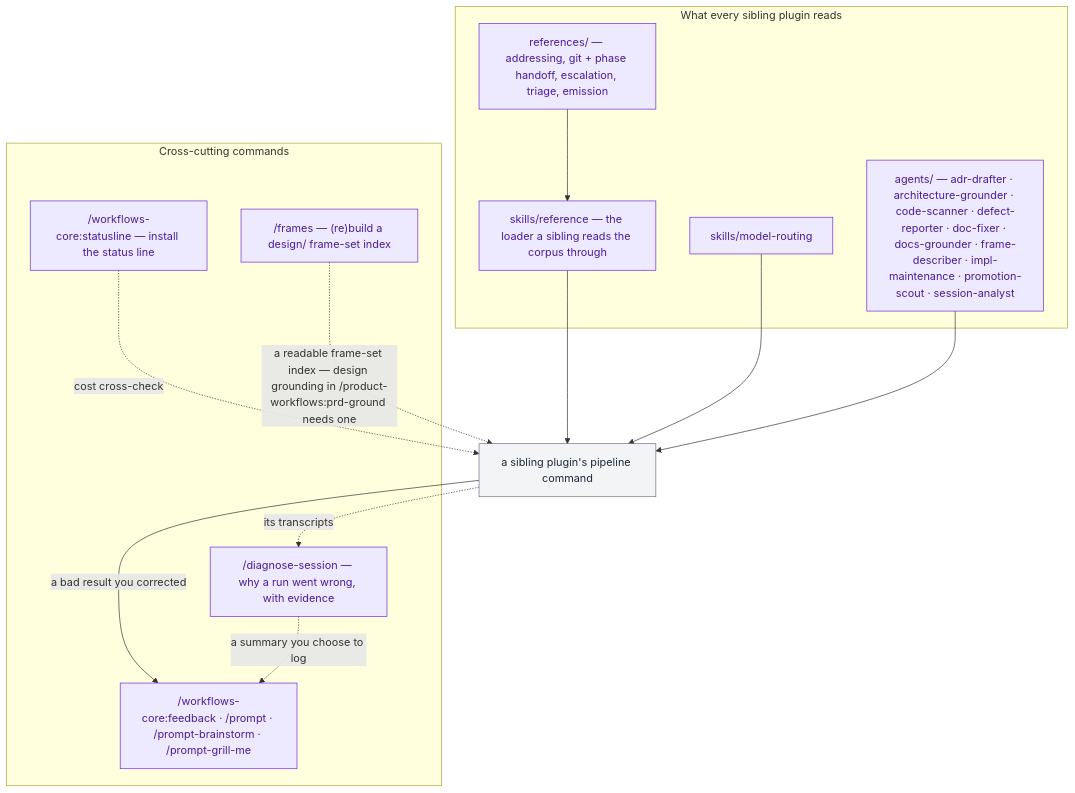
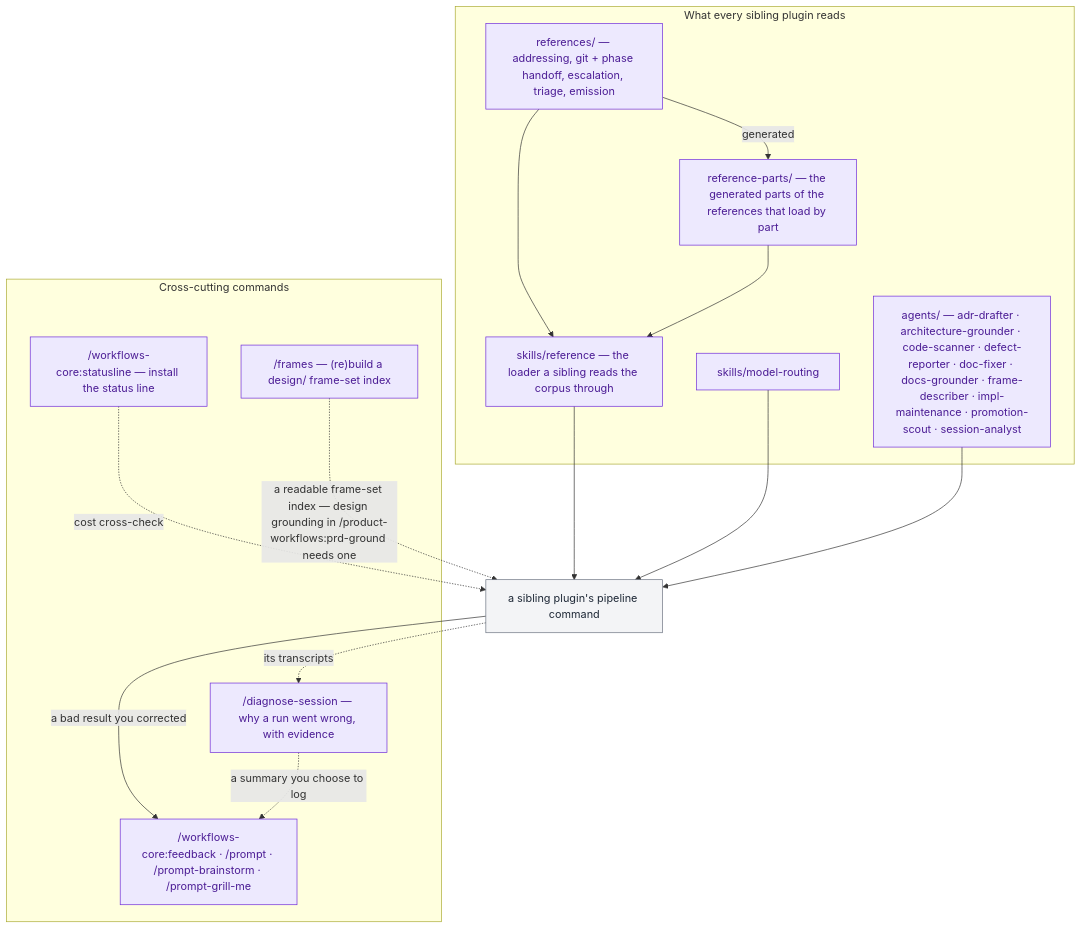
One commit to ihudak/ai-workflows changed the diagram in plugins/workflows-core/docs/workflow.md. Above: the diagram before and after it, drawn with Mermaid. The commit also changed 79 other files, not shown here.

First line of the commit message:
fix: Task 7 review minors — the loader defines an entry point and says when it reads the whole file, the preamble reuses a part only word for word, the docs say what loads at every head

````diff
--- a/plugins/workflows-core/docs/workflow.md
+++ b/plugins/workflows-core/docs/workflow.md
@@ -5,29 +5,32 @@
 ```mermaid
 flowchart TD
     subgraph CORPUS["What every sibling plugin reads"]
         refs["references/ — addressing, git + phase handoff, escalation, triage, emission"]:::core
+        parts["reference-parts/ — the generated parts of the references that load by part"]:::core
         loader["skills/reference — the loader a sibling reads the corpus through"]:::core
         skill["skills/model-routing"]:::core
         agents["agents/ — adr-drafter · architecture-grounder · code-scanner · defect-reporter · doc-fixer · docs-grounder · frame-describer · impl-maintenance · promotion-scout · session-analyst"]:::core
     end
     subgraph CROSS["Cross-cutting commands"]
         setup["/workflows-core:statusline — install the status line"]:::core
         repair["/frames — (re)build a design/ frame-set index"]:::core
         improve["/workflows-core:feedback · /prompt · /prompt-brainstorm · /prompt-grill-me"]:::core
         diagnose["/diagnose-session — why a run went wrong, with evidence"]:::core
     end
     pipeline["a sibling plugin's pipeline command"]:::other
 
     refs --> loader
+    refs -->|generated| parts
+    parts --> loader
     loader --> pipeline
     skill --> pipeline
     agents --> pipeline
     pipeline -->|a bad result you corrected| improve
     pipeline -.->|its transcripts| diagnose
     diagnose -.->|a summary you choose to log| improve
     setup -.->|cost cross-check| pipeline
     repair -.->|"a readable frame-set index — design grounding in /product-workflows:prd-ground needs one"| pipeline
 
     classDef core fill:#ede9fe,stroke:#6d28d9,color:#4c1d95
     classDef other fill:#f3f4f6,stroke:#6b7280,color:#1f2937
 ```
````
